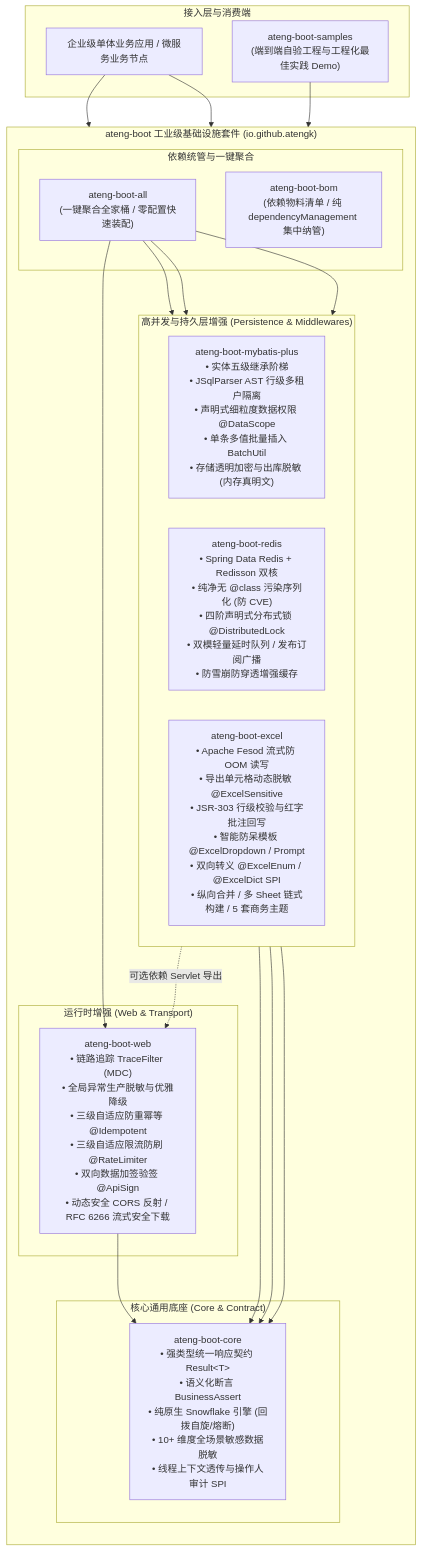
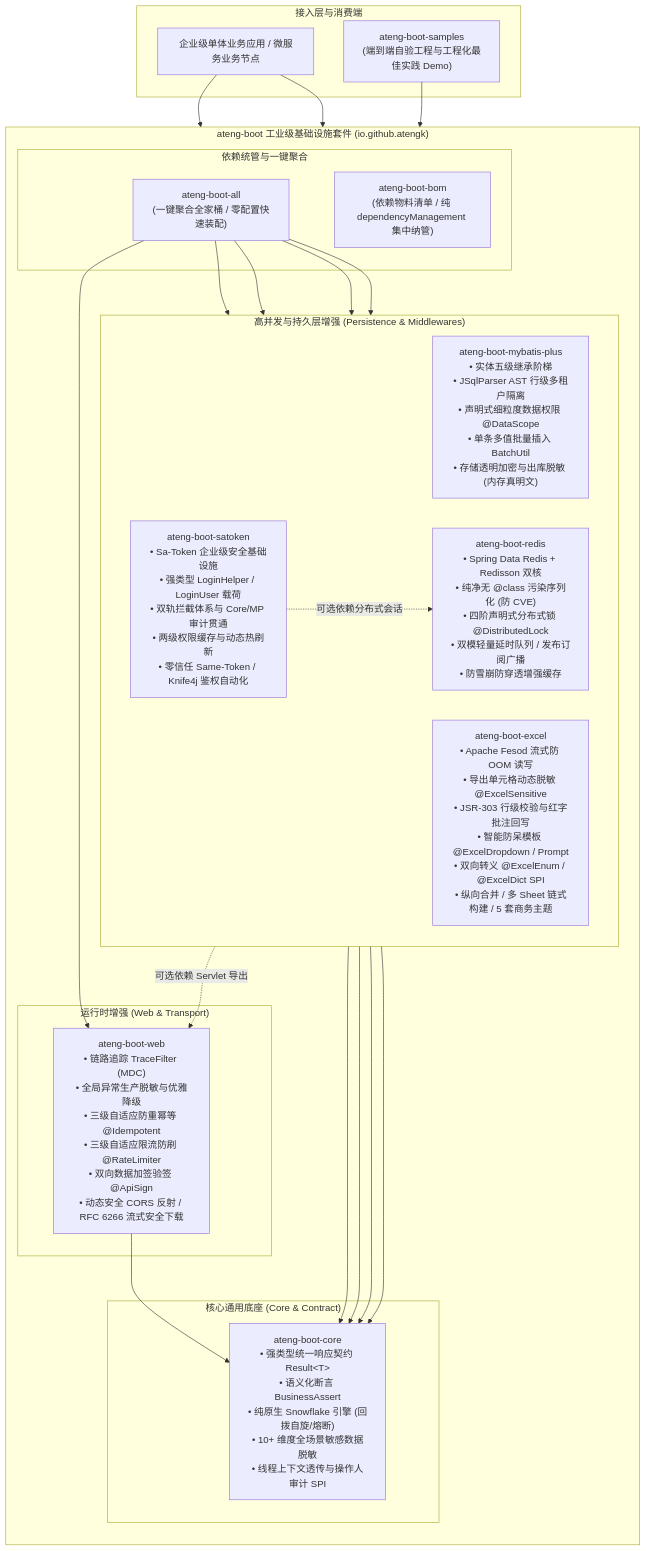
One commit to atengk/ateng-boot changed the diagram in README.md. Above: the diagram before and after it, drawn with Mermaid. The commit also changed other lines of this file and 5 other files, not shown here.

````diff
--- a/README.md
+++ b/README.md
@@ -19,44 +19,48 @@
 ```mermaid
 flowchart TB
     subgraph Client["接入层与消费端"]
         APP["企业级单体业务应用 / 微服务业务节点"]
         SAMPLES["ateng-boot-samples<br/>(端到端自验工程与工程化最佳实践 Demo)"]
     end
 
     subgraph Suite["ateng-boot 工业级基础设施套件 (io.github.atengk)"]
         direction TB
 
         subgraph Management["依赖统管与一键聚合"]
             BOM["ateng-boot-bom<br/>(依赖物料清单 / 纯 dependencyManagement 集中纳管)"]
             ALL["ateng-boot-all<br/>(一键聚合全家桶 / 零配置快速装配)"]
         end
 
         subgraph RuntimeWeb["运行时增强 (Web & Transport)"]
             WEB["ateng-boot-web<br/>• 链路追踪 TraceFilter (MDC)<br/>• 全局异常生产脱敏与优雅降级<br/>• 三级自适应防重幂等 @Idempotent<br/>• 三级自适应限流防刷 @RateLimiter<br/>• 双向数据加签验签 @ApiSign<br/>• 动态安全 CORS 反射 / RFC 6266 流式安全下载"]
         end
 
         subgraph CoreBase["核心通用底座 (Core & Contract)"]
             CORE["ateng-boot-core<br/>• 强类型统一响应契约 Result&lt;T&gt;<br/>• 语义化断言 BusinessAssert<br/>• 纯原生 Snowflake 引擎 (回拨自旋/熔断)<br/>• 10+ 维度全场景敏感数据脱敏<br/>• 线程上下文透传与操作人审计 SPI"]
         end
 
         subgraph Middlewares["高并发与持久层增强 (Persistence & Middlewares)"]
             direction LR
             MP["ateng-boot-mybatis-plus<br/>• 实体五级继承阶梯<br/>• JSqlParser AST 行级多租户隔离<br/>• 声明式细粒度数据权限 @DataScope<br/>• 单条多值批量插入 BatchUtil<br/>• 存储透明加密与出库脱敏 (内存真明文)"]
             REDIS["ateng-boot-redis<br/>• Spring Data Redis + Redisson 双核<br/>• 纯净无 @class 污染序列化 (防 CVE)<br/>• 四阶声明式分布式锁 @DistributedLock<br/>• 双模轻量延时队列 / 发布订阅广播<br/>• 防雪崩防穿透增强缓存"]
             EXCEL["ateng-boot-excel<br/>• Apache Fesod 流式防 OOM 读写<br/>• 导出单元格动态脱敏 @ExcelSensitive<br/>• JSR-303 行级校验与红字批注回写<br/>• 智能防呆模板 @ExcelDropdown / Prompt<br/>• 双向转义 @ExcelEnum / @ExcelDict SPI<br/>• 纵向合并 / 多 Sheet 链式构建 / 5 套商务主题"]
+            SATOKEN["ateng-boot-satoken<br/>• Sa-Token 企业级安全基础设施<br/>• 强类型 LoginHelper / LoginUser 载荷<br/>• 双轨拦截体系与 Core/MP 审计贯通<br/>• 两级权限缓存与动态热刷新<br/>• 零信任 Same-Token / Knife4j 鉴权自动化"]
         end
     end
 
     APP --> BOM
     APP --> ALL
     ALL --> WEB
     ALL --> MP
     ALL --> REDIS
     ALL --> EXCEL
+    ALL --> SATOKEN
     WEB --> CORE
     MP --> CORE
     REDIS --> CORE
     EXCEL --> CORE
+    SATOKEN --> CORE
+    SATOKEN -.->|可选依赖分布式会话| REDIS
     EXCEL -.->|可选依赖 Servlet 导出| WEB
     SAMPLES --> ALL
 ```
````
